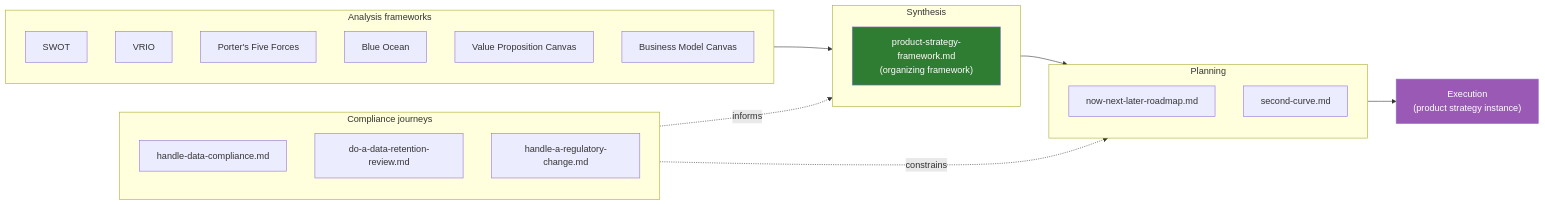
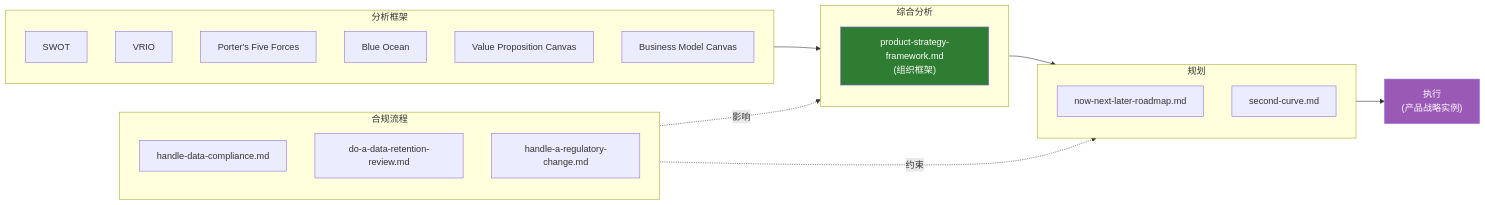
Before and after one commit to effiy/YrY: the second of 2 diagrams in YiKnowledge/executiver/strategy/README.md, drawn with Mermaid. The commit also changed other lines of this file and 7735 other files, not shown here.

````diff
--- a/YiKnowledge/executiver/strategy/README.md
+++ b/YiKnowledge/executiver/strategy/README.md
@@ -202,35 +202,35 @@
 ```mermaid
 flowchart LR
-    subgraph Frameworks["Analysis frameworks"]
+    subgraph Frameworks["分析框架"]
         SWOT["SWOT"]
         VRIO["VRIO"]
         P5F["Porter's Five Forces"]
         BO["Blue Ocean"]
         VPC["Value Proposition Canvas"]
         BMC["Business Model Canvas"]
     end
 
-    subgraph Synthesis["Synthesis"]
-        PSF["product-strategy-framework.md\n(organizing framework)"]
+    subgraph Synthesis["综合分析"]
+        PSF["product-strategy-framework.md\n(组织框架)"]
     end
 
-    subgraph Planning["Planning"]
+    subgraph Planning["规划"]
         NNL["now-next-later-roadmap.md"]
         SC["second-curve.md"]
     end
 
-    subgraph Compliance["Compliance journeys"]
+    subgraph Compliance["合规流程"]
         HDC["handle-data-compliance.md"]
         DARR["do-a-data-retention-review.md"]
         HARC["handle-a-regulatory-change.md"]
     end
 
     Frameworks --> Synthesis
     Synthesis --> Planning
-    Planning --> EXEC["Execution\n(product strategy instance)"]
-    Compliance -.->|informs| Synthesis
-    Compliance -.->|constrains| Planning
+    Planning --> EXEC["执行\n(产品战略实例)"]
+    Compliance -.->|影响| Synthesis
+    Compliance -.->|约束| Planning
 
     style PSF fill:#2e7d32,color:#fff
     style EXEC fill:#9b59b6,color:#fff
 ```
````
